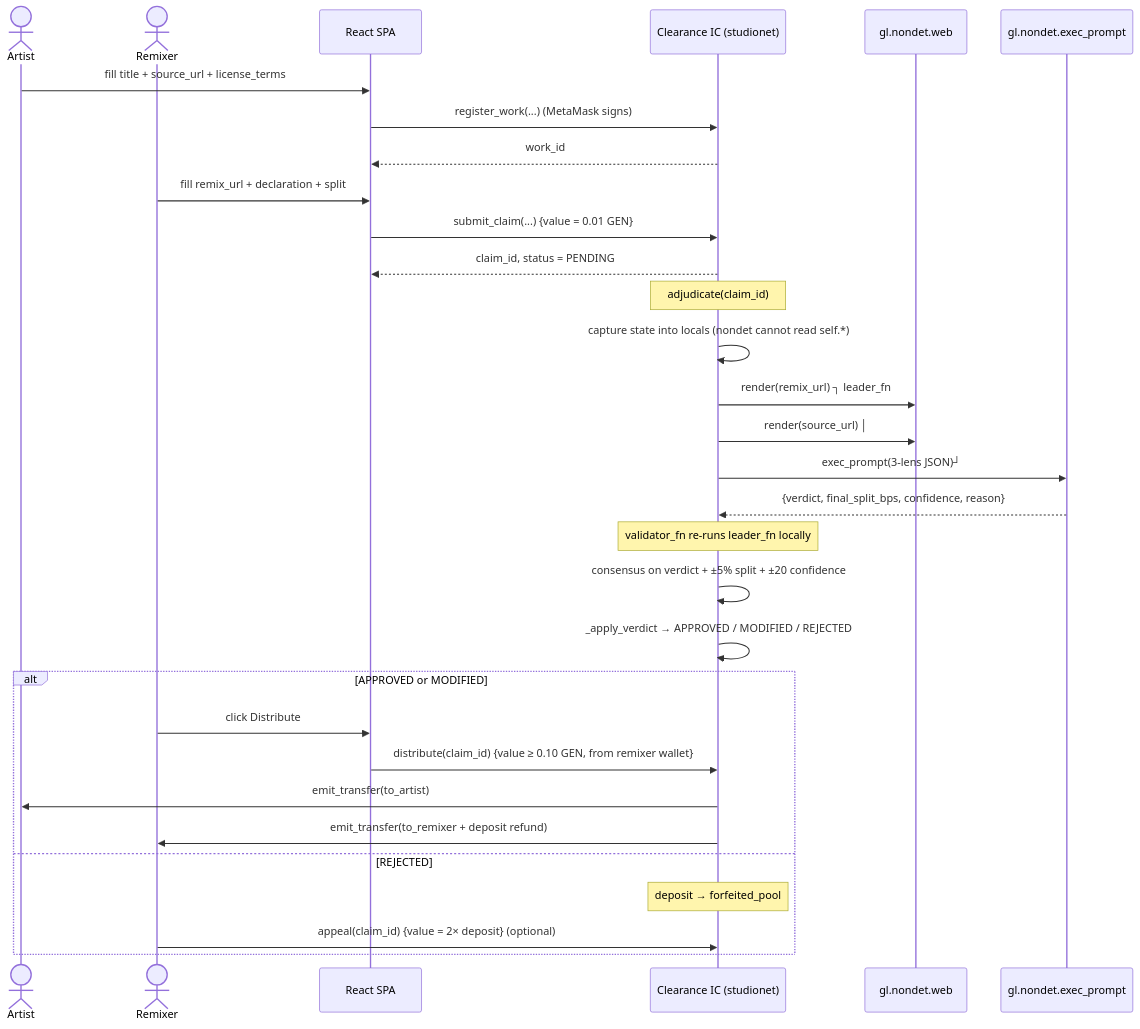
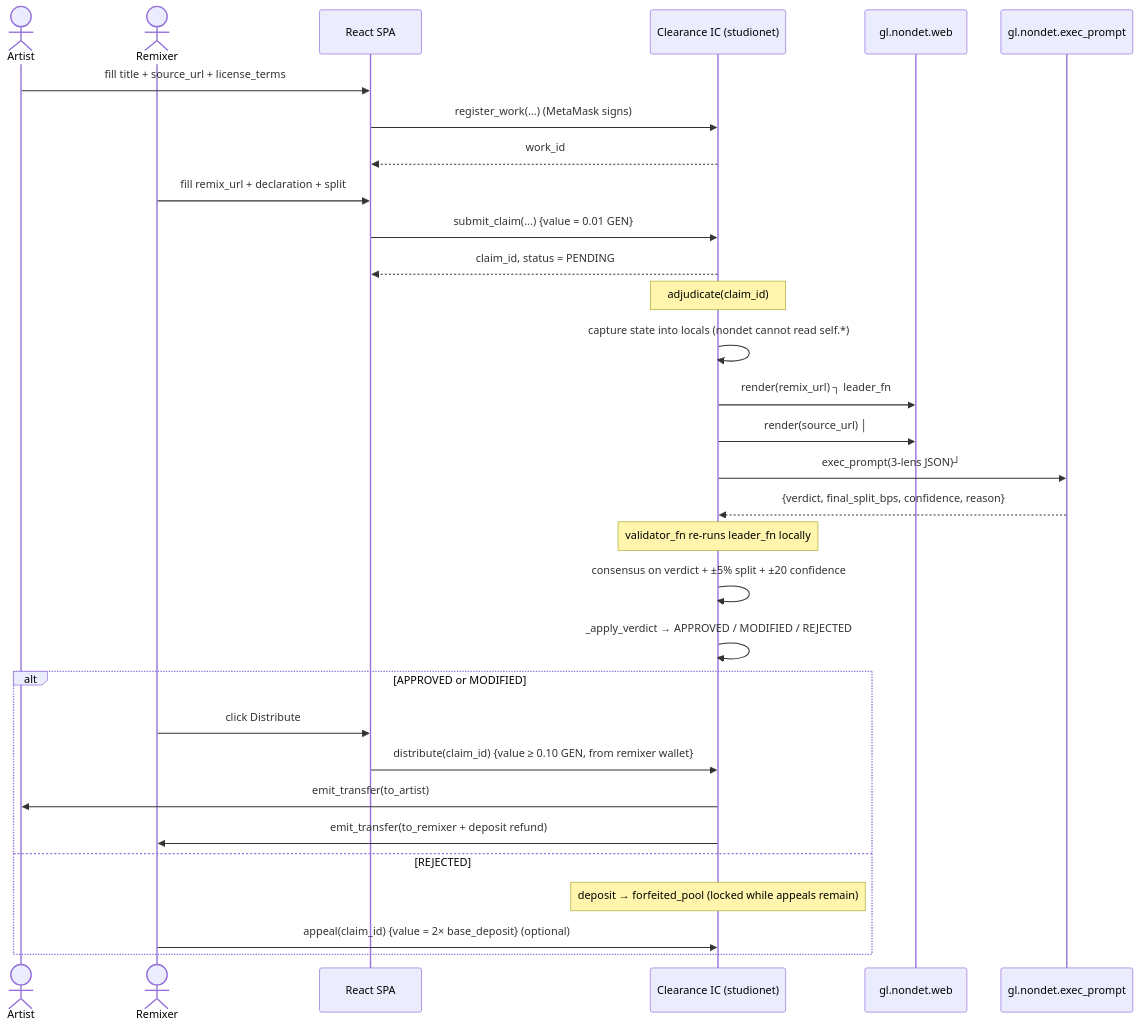
The diagram in ARCHITECTURE.md (phu1271997/clearance-genlayer), drawn with Mermaid before and after one commit. The commit also changed other lines of this file and 5 other files, not shown here.

````diff
--- a/ARCHITECTURE.md
+++ b/ARCHITECTURE.md
@@ -72,38 +74,38 @@
 ```mermaid
 sequenceDiagram
     actor Artist
     actor Remixer
     participant FE as React SPA
     participant IC as Clearance IC (studionet)
     participant Web as gl.nondet.web
     participant LLM as gl.nondet.exec_prompt
 
     Artist->>FE: fill title + source_url + license_terms
     FE->>IC: register_work(...)                 (MetaMask signs)
     IC-->>FE: work_id
 
     Remixer->>FE: fill remix_url + declaration + split
     FE->>IC: submit_claim(...)  {value = 0.01 GEN}
     IC-->>FE: claim_id, status = PENDING
 
     Note over IC: adjudicate(claim_id)
     IC->>IC: capture state into locals (nondet cannot read self.*)
     IC->>Web: render(remix_url)       ┐  leader_fn
     IC->>Web: render(source_url)      │
     IC->>LLM: exec_prompt(3-lens JSON)┘
     LLM-->>IC: {verdict, final_split_bps, confidence, reason}
 
     Note over IC: validator_fn re-runs leader_fn locally
     IC->>IC: consensus on verdict + ±5% split + ±20 confidence
     IC->>IC: _apply_verdict → APPROVED / MODIFIED / REJECTED
 
     alt APPROVED or MODIFIED
         Remixer->>FE: click Distribute
         FE->>IC: distribute(claim_id) {value ≥ 0.10 GEN, from remixer wallet}
         IC->>Artist: emit_transfer(to_artist)
         IC->>Remixer: emit_transfer(to_remixer + deposit refund)
     else REJECTED
-        Note over IC: deposit → forfeited_pool
-        Remixer->>IC: appeal(claim_id) {value = 2× deposit}   (optional)
+        Note over IC: deposit → forfeited_pool (locked while appeals remain)
+        Remixer->>IC: appeal(claim_id) {value = 2× base_deposit}   (optional)
     end
 ```
````
